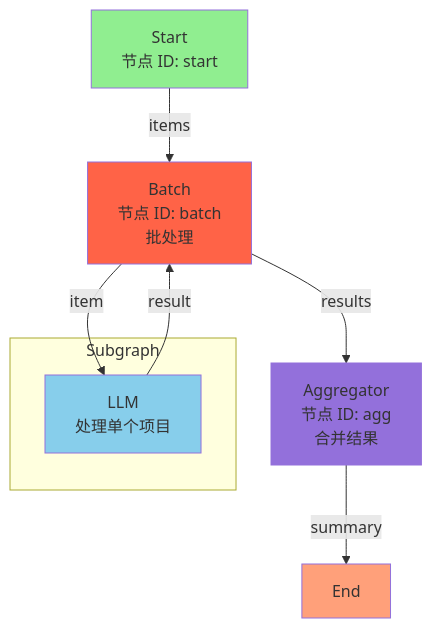
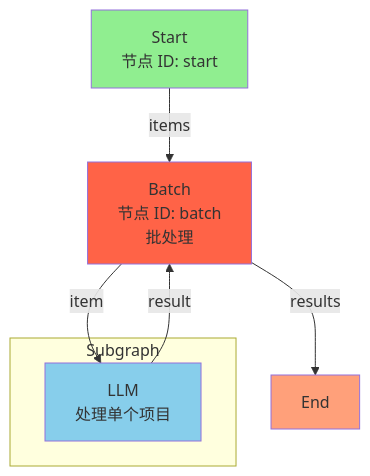
The fourth of 5 diagrams in doc/test/测试流程图.md (iusofts/agent-plus), drawn with Mermaid before and after one commit. The commit also changed other lines of this file and 3 other files, not shown here.

````diff
--- a/doc/test/测试流程图.md
+++ b/doc/test/测试流程图.md
@@ -305,17 +305,15 @@
 ```mermaid
 graph TD
     A[Start<br/>节点 ID: start] -->|items| B[Batch<br/>节点 ID: batch<br/>批处理]
     subgraph Subgraph
         C[LLM<br/>处理单个项目]
     end
     B -->|item| C
     C -->|result| B
-    B -->|results| D[Aggregator<br/>节点 ID: agg<br/>合并结果]
-    D -->|summary| E[End]
+    B -->|results| E[End]
 
     style A fill:#90EE90
     style B fill:#FF6347
     style C fill:#87CEEB
-    style D fill:#9370DB
     style E fill:#FFA07A
 ```
````
